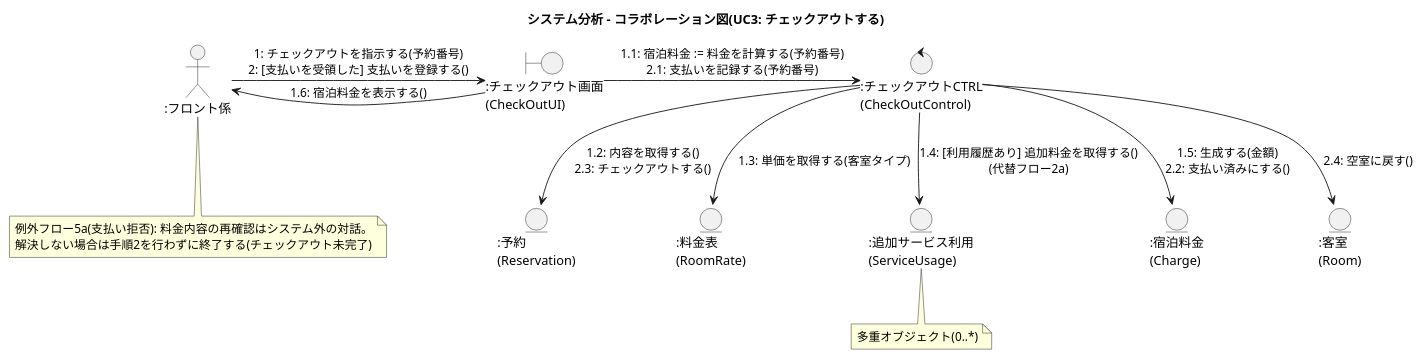
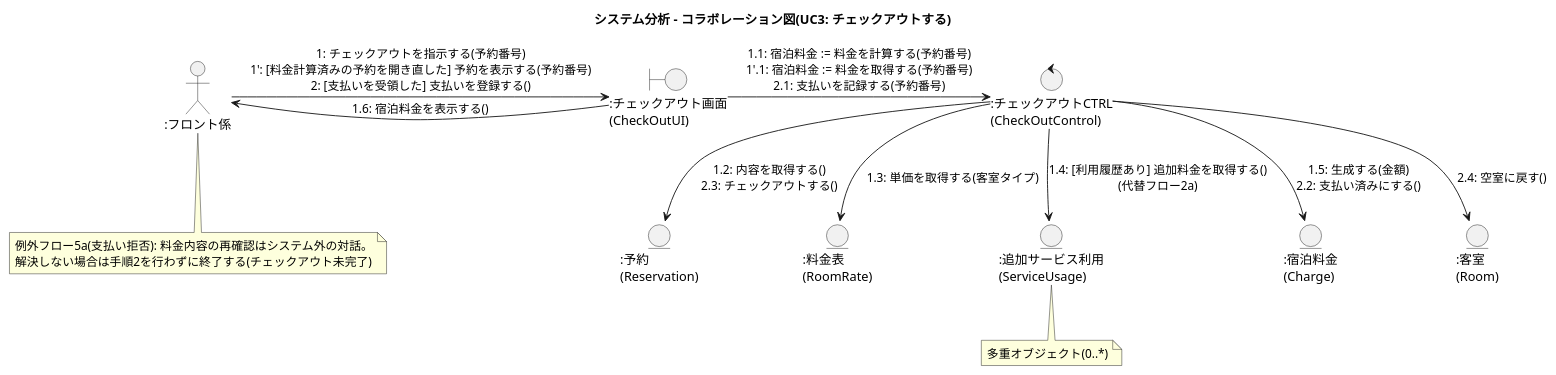
Before and after one commit to doguto/waseda-hrs: the diagram in docs/uml/08c_collaboration_uc3_checkout.puml, drawn with PlantUML. The commit also changed 4 other files, not shown here.

First line of the commit message:
docs(uml): 請求の再取得を09と08cに反映する

```diff
--- a/docs/uml/08c_collaboration_uc3_checkout.puml
+++ b/docs/uml/08c_collaboration_uc3_checkout.puml
@@ -1,25 +1,25 @@
 @startuml 08c_collaboration_uc3_checkout
 title システム分析 - コラボレーション図(UC3: チェックアウトする)
 
 actor ":フロント係" as Staff
 boundary ":チェックアウト画面\n(CheckOutUI)" as UI
 control ":チェックアウトCTRL\n(CheckOutControl)" as Ctrl
 entity ":予約\n(Reservation)" as Rsv
 entity ":料金表\n(RoomRate)" as Rate
 entity ":追加サービス利用\n(ServiceUsage)" as Svc
 entity ":宿泊料金\n(Charge)" as Charge
 entity ":客室\n(Room)" as Room
 
-Staff -right-> UI : 1: チェックアウトを指示する(予約番号)\n2: [支払いを受領した] 支払いを登録する()
+Staff -right-> UI : 1: チェックアウトを指示する(予約番号)\n1': [料金計算済みの予約を開き直した] 予約を表示する(予約番号)\n2: [支払いを受領した] 支払いを登録する()
 UI -left-> Staff : 1.6: 宿泊料金を表示する()
-UI -right-> Ctrl : 1.1: 宿泊料金 := 料金を計算する(予約番号)\n2.1: 支払いを記録する(予約番号)
+UI -right-> Ctrl : 1.1: 宿泊料金 := 料金を計算する(予約番号)\n1'.1: 宿泊料金 := 料金を取得する(予約番号)\n2.1: 支払いを記録する(予約番号)
 Ctrl -down-> Rsv : 1.2: 内容を取得する()\n2.3: チェックアウトする()
 Ctrl -down-> Rate : 1.3: 単価を取得する(客室タイプ)
 Ctrl -down-> Svc : 1.4: [利用履歴あり] 追加料金を取得する()\n(代替フロー2a)
 Ctrl -down-> Charge : 1.5: 生成する(金額)\n2.2: 支払い済みにする()
 Ctrl -down-> Room : 2.4: 空室に戻す()
 
 note bottom of Svc : 多重オブジェクト(0..*)
 note bottom of Staff : 例外フロー5a(支払い拒否): 料金内容の再確認はシステム外の対話。\n解決しない場合は手順2を行わずに終了する(チェックアウト未完了)
 
 @enduml
```
